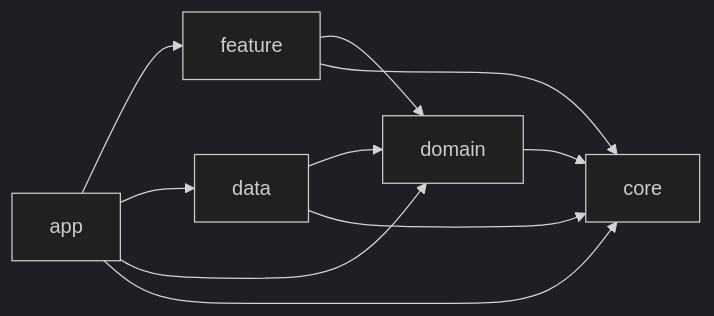
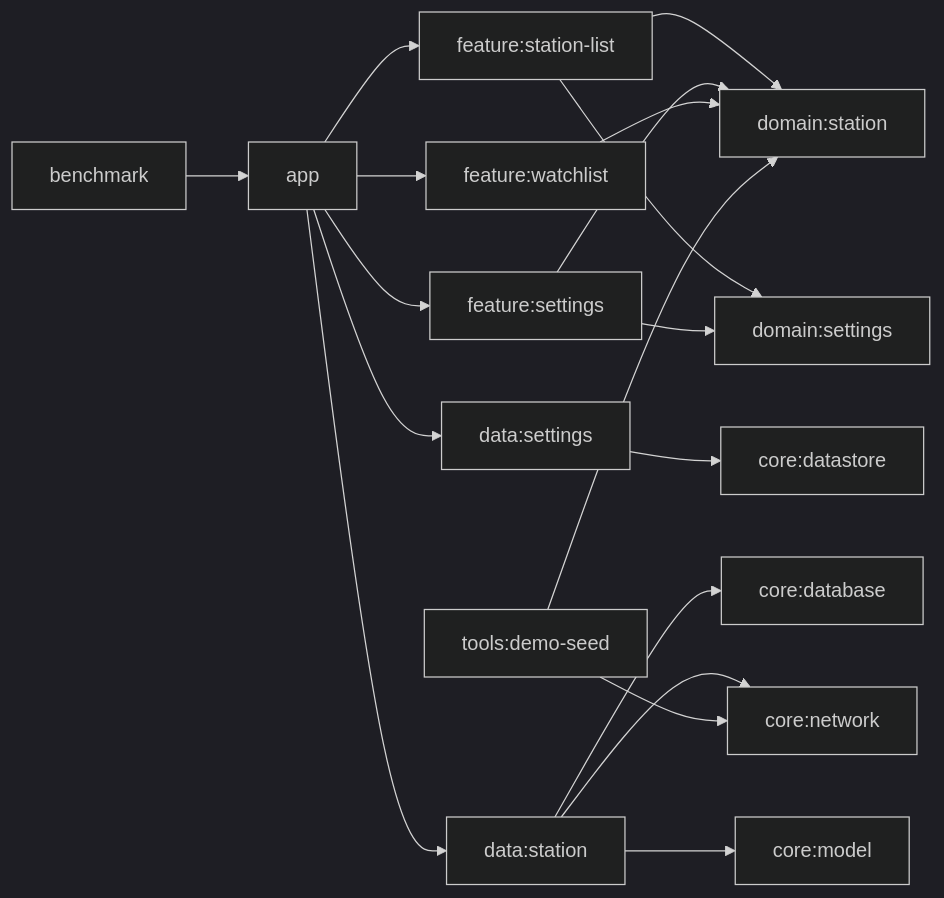
The diagram in README.md (beyondwin/GasStation), drawn with Mermaid (dark theme) before and after one commit. The commit also changed other lines of this file and 7 other files, not shown here.

````diff
--- a/README.md
+++ b/README.md
@@ -34,13 +37,23 @@
 ```mermaid
 flowchart LR
-    app["app"] --> feature["feature"]
-    app --> data["data"]
-    app --> domain["domain"]
-    app --> core["core"]
+    app["app"] --> fstation["feature:station-list"]
+    app --> fsettings["feature:settings"]
+    app --> fwatch["feature:watchlist"]
+    app --> dsettings["data:settings"]
+    app --> dstation["data:station"]
 
-    feature --> domain
-    feature --> core
-    data --> domain
-    data --> core
-    domain --> core
+    fstation --> domStation["domain:station"]
+    fstation --> domSettings["domain:settings"]
+    fsettings --> domSettings
+    fsettings --> domStation
+    fwatch --> domStation
+
+    dstation --> cdb["core:database"]
+    dstation --> cnet["core:network"]
+    dstation --> cmodel["core:model"]
+    dsettings --> cstore["core:datastore"]
+
+    tools["tools:demo-seed"] --> cnet
+    tools --> domStation
+    benchmark["benchmark"] --> app
 ```
````
